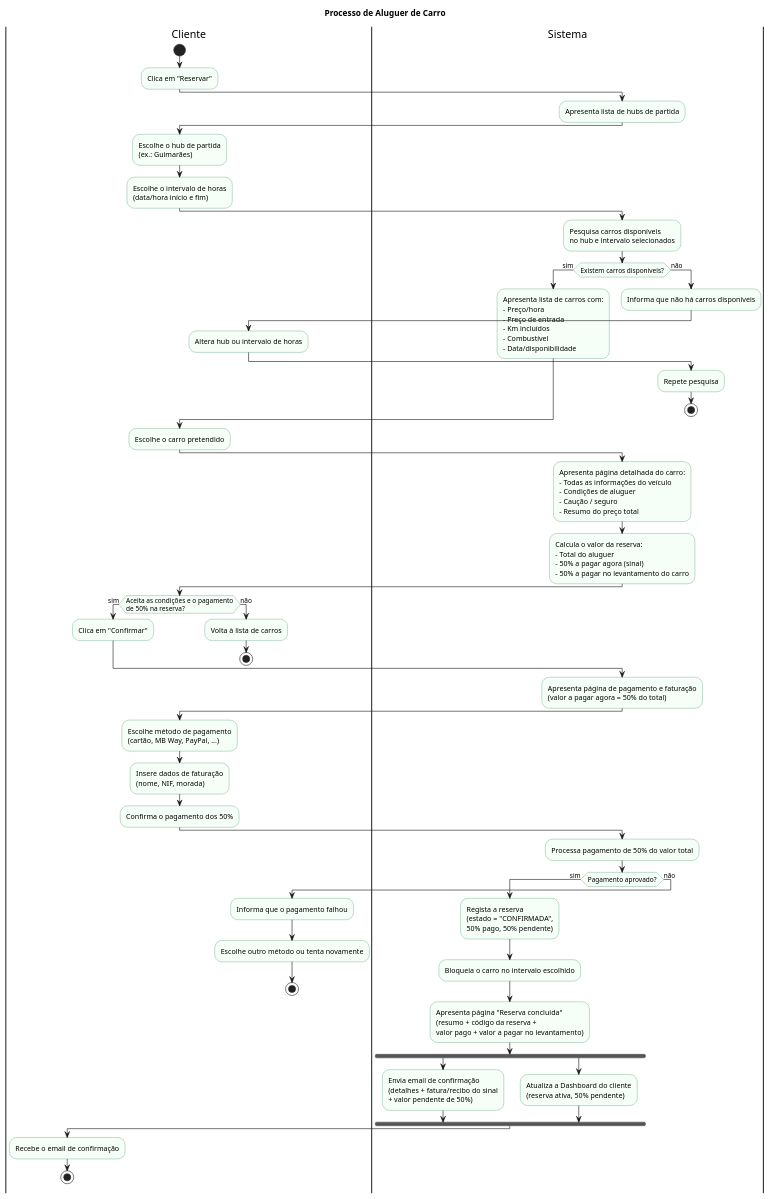
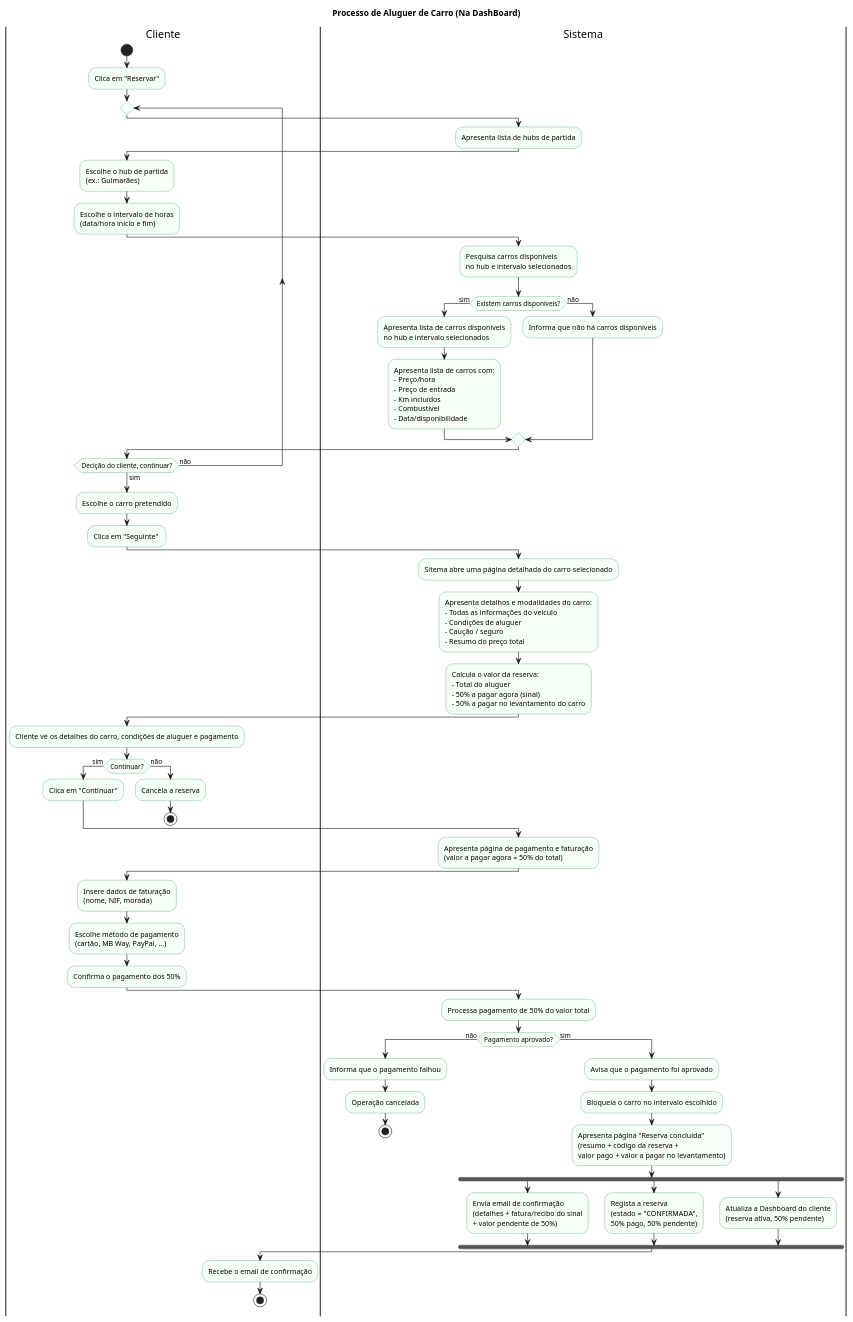
Before and after one commit to MATPERDU94/DriveNow: the diagram in doc/aluguer_carro.puml, drawn with PlantUML. The commit also changed 6 other files, not shown here.

Commit message:
Correção do diagrama de aluguer de carro

```diff
--- a/doc/aluguer_carro.puml
+++ b/doc/aluguer_carro.puml
@@ -1,81 +1,87 @@
 @startuml
-title Processo de Aluguer de Carro
+title Processo de Aluguer de Carro (Na DashBoard)
 
 skinparam shadowing false
 skinparam defaultFontName Arial
 skinparam activity {
   BackgroundColor #F5FFF7
   BorderColor #2F855A
 }
 
 |Cliente|
 start
 :Clica em "Reservar";
 
-|Sistema|
-:Apresenta lista de hubs de partida;
+repeat
+  |Sistema|
+  :Apresenta lista de hubs de partida;
 
-|Cliente|
-:Escolhe o hub de partida\n(ex.: Guimarães);
-:Escolhe o intervalo de horas\n(data/hora início e fim);
+  |Cliente|
+  :Escolhe o hub de partida\n(ex.: Guimarães);
+  :Escolhe o intervalo de horas\n(data/hora início e fim);
 
-|Sistema|
-:Pesquisa carros disponíveis\nno hub e intervalo selecionados;
+  |Sistema|
+  :Pesquisa carros disponíveis\nno hub e intervalo selecionados;
 
-if (Existem carros disponíveis?) then (sim)
-  :Apresenta lista de carros com:\n- Preço/hora\n- Preço de entrada\n- Km incluídos\n- Combustível\n- Data/disponibilidade;
-else (não)
-  :Informa que não há carros disponíveis;
+  if (Existem carros disponíveis?) then (sim)
+    :Apresenta lista de carros disponíveis\nno hub e intervalo selecionados;
+    :Apresenta lista de carros com:\n- Preço/hora\n- Preço de entrada\n- Km incluídos\n- Combustível\n- Data/disponibilidade;
+
+  else (não)
+    :Informa que não há carros disponíveis;
+  endif
   |Cliente|
-  :Altera hub ou intervalo de horas;
-  |Sistema|
-  :Repete pesquisa;
-  stop
-endif
+repeat while (Decição do cliente, continuar?) is (não) not (sim)
+  
+
 
 |Cliente|
 :Escolhe o carro pretendido;
+:Clica em "Seguinte" ; 
 
 |Sistema|
-:Apresenta página detalhada do carro:\n- Todas as informações do veículo\n- Condições de aluguer\n- Caução / seguro\n- Resumo do preço total;
+:Sitema abre uma página detalhada do carro selecionado;
+:Apresenta detalhos e modalidades do carro:\n- Todas as informações do veículo\n- Condições de aluguer\n- Caução / seguro\n- Resumo do preço total;
 :Calcula o valor da reserva:\n- Total do aluguer\n- 50% a pagar agora (sinal)\n- 50% a pagar no levantamento do carro;
 
 |Cliente|
-if (Aceita as condições e o pagamento\nde 50% na reserva?) then (sim)
-  :Clica em "Confirmar";
+:Cliente vé os detalhes do carro, condições de aluguer e pagamento;
+if (Continuar?) then (sim)
+  :Clica em "Continuar";
 else (não)
-  :Volta à lista de carros;
+  :Cancela a reserva;
   stop
 endif
 
 |Sistema|
 :Apresenta página de pagamento e faturação\n(valor a pagar agora = 50% do total);
 
 |Cliente|
+:Insere dados de faturação\n(nome, NIF, morada);
 :Escolhe método de pagamento\n(cartão, MB Way, PayPal, ...);
-:Insere dados de faturação\n(nome, NIF, morada);
 :Confirma o pagamento dos 50%;
 
 |Sistema|
 :Processa pagamento de 50% do valor total;
 
-if (Pagamento aprovado?) then (sim)
-  :Regista a reserva\n(estado = "CONFIRMADA",\n50% pago, 50% pendente);
+if (Pagamento aprovado?) then (não)
+  :Informa que o pagamento falhou;
+  :Operação cancelada;
+  stop
+else (sim)
+  :Avisa que o pagamento foi aprovado;
   :Bloqueia o carro no intervalo escolhido;
   :Apresenta página "Reserva concluída"\n(resumo + código da reserva +\nvalor pago + valor a pagar no levantamento);
   fork
     :Envia email de confirmação\n(detalhes + fatura/recibo do sinal\n+ valor pendente de 50%);
+  fork again
+    :Regista a reserva\n(estado = "CONFIRMADA",\n50% pago, 50% pendente);
   fork again
     :Atualiza a Dashboard do cliente\n(reserva ativa, 50% pendente);
   end fork
   |Cliente|
   :Recebe o email de confirmação;
   stop
-else (não)
-  :Informa que o pagamento falhou;
-  |Cliente|
-  :Escolhe outro método ou tenta novamente;
-  stop
 endif
 
 @enduml
```
